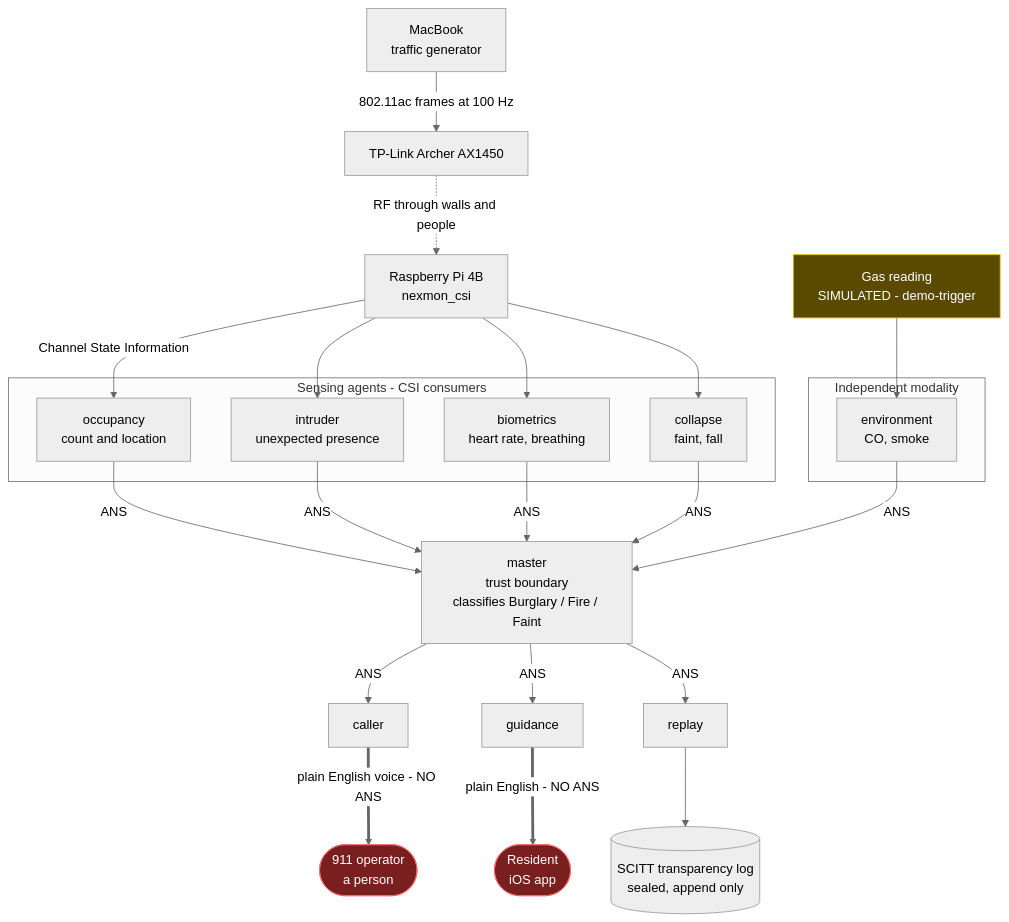
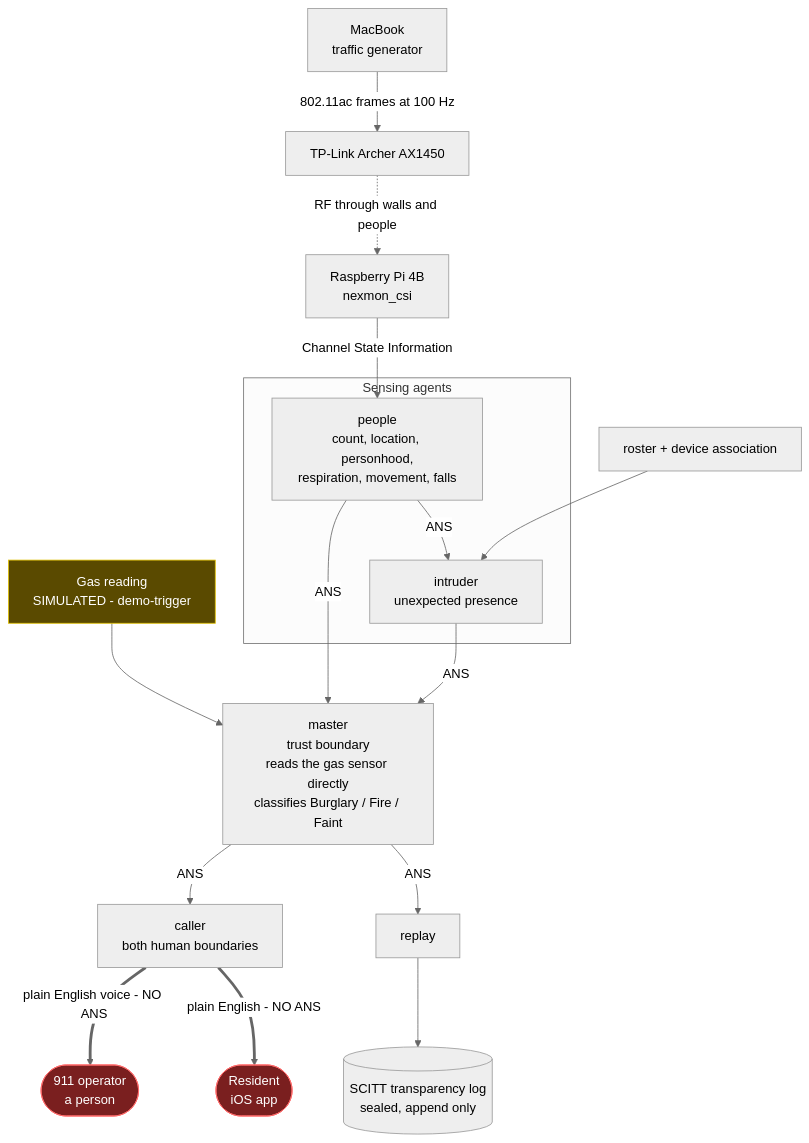
Before and after one commit to cayden-h/Radar: the first of 5 diagrams in docs/architecture-diagrams.md, drawn with Mermaid (neutral theme). The commit also changed other lines of this file and 107 other files, not shown here.

````diff
--- a/docs/architecture-diagrams.md
+++ b/docs/architecture-diagrams.md
@@ -14,47 +14,37 @@
 ```mermaid
 flowchart TD
     M["MacBook<br/>traffic generator"]
     R["TP-Link Archer AX1450"]
     P["Raspberry Pi 4B<br/>nexmon_csi"]
     G["Gas reading<br/>SIMULATED - demo-trigger"]
 
     M -->|"802.11ac frames at 100 Hz"| R
     R -.->|"RF through walls and people"| P
-    P -->|"Channel State Information"| OCC
-    P --> INT
-    P --> BIO
-    P --> COL
-    G --> ENV
+    P -->|"Channel State Information"| PE
+    G --> MA
 
-    subgraph SENSE["Sensing agents - CSI consumers"]
-      OCC["occupancy<br/>count and location"]
+    subgraph SENSE["Sensing agents"]
+      PE["people<br/>count, location, personhood,<br/>respiration, movement, falls"]
       INT["intruder<br/>unexpected presence"]
-      BIO["biometrics<br/>heart rate, breathing"]
-      COL["collapse<br/>faint, fall"]
     end
 
-    subgraph SENSE2["Independent modality"]
-      ENV["environment<br/>CO, smoke"]
-    end
+    PE -->|ANS| INT
+    NET["roster + device association"] --> INT
 
-    OCC -->|ANS| MA
+    PE -->|ANS| MA
     INT -->|ANS| MA
-    BIO -->|ANS| MA
-    COL -->|ANS| MA
-    ENV -->|ANS| MA
 
-    MA["master<br/>trust boundary<br/>classifies Burglary / Fire / Faint"]
+    MA["master<br/>trust boundary<br/>reads the gas sensor directly<br/>classifies Burglary / Fire / Faint"]
 
-    MA -->|ANS| CA["caller"]
-    MA -->|ANS| GU["guidance"]
+    MA -->|ANS| CA["caller<br/>both human boundaries"]
     MA -->|ANS| RE["replay"]
 
     CA ==>|"plain English voice - NO ANS"| OP(["911 operator<br/>a person"])
-    GU ==>|"plain English - NO ANS"| US(["Resident<br/>iOS app"])
+    CA ==>|"plain English - NO ANS"| US(["Resident<br/>iOS app"])
     RE --> LOG[("SCITT transparency log<br/>sealed, append only")]
 
     classDef human fill:#7a1f1f,stroke:#ff6b6b,color:#fff
     classDef sim fill:#5a4a00,stroke:#e0c000,color:#fff
     class OP,US human
     class G sim
 ```
````
